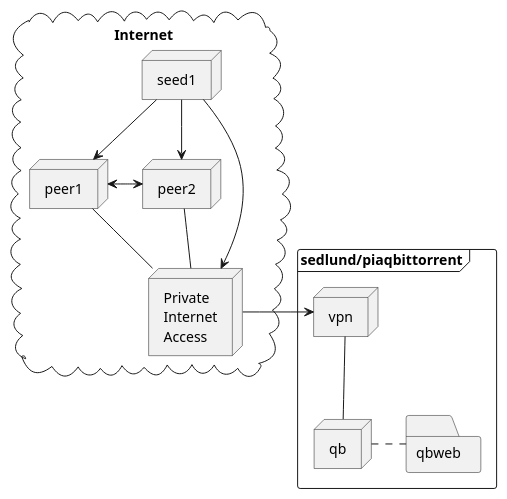
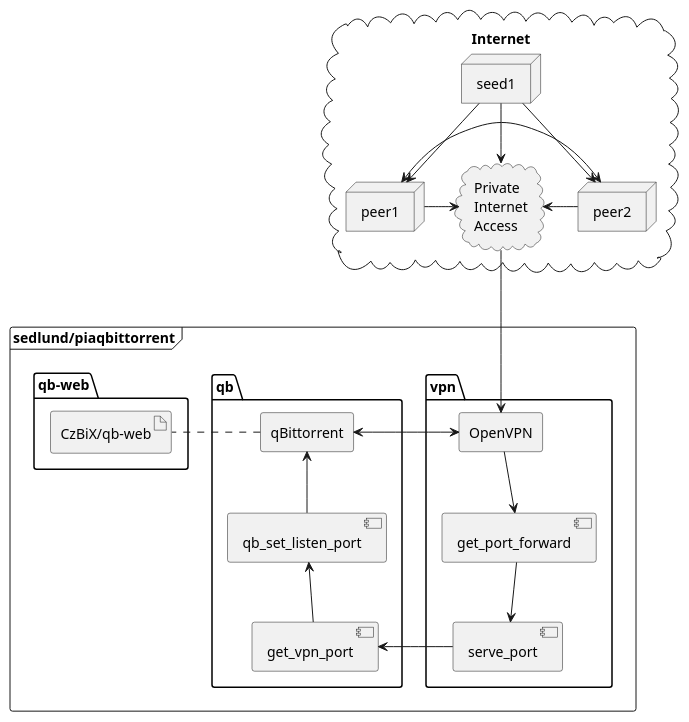
Before and after one commit to sedlund/piaqbittorrent: the diagram in assets/overview.puml, drawn with PlantUML.

Commit message:
update overiview puml

```diff
--- a/assets/overview.puml
+++ b/assets/overview.puml
@@ -1,24 +1,55 @@
 @startuml overview
+
 cloud Internet {
-    node "Private\nInternet\nAccess" as pia
+
+    cloud "Private\nInternet\nAccess" as pia
+
     node seed1
     node peer1
     node peer1
     node peer2
-    seed1 -> peer1
+
+    seed1 -down-> peer1
     seed1 -down-> peer2
-    seed1 -left-> pia
+    seed1 -down-> pia
+
     peer1 <-> peer2
-    peer1 -- pia
-    peer2 -- pia
+    peer1 -> pia
+    peer2 -left-> pia
+
 }
 
 frame sedlund/piaqbittorrent {
-    node vpn
-    node qb
-    pia -right-> vpn
-    folder qbweb {
-    vpn -- qb
-    qb .right. qbweb
+
+    package vpn {
+        agent OpenVPN as ovpn
+        component get_port_forward
+        component serve_port
+    }
+
+    ovpn -down-> get_port_forward
+    get_port_forward -down-> serve_port
+
+    package qb {
+        agent qBittorrent as qbt
+        component get_vpn_port 
+        component qb_set_listen_port
+    }
+
+    ovpn <-right-> qbt
+
+    serve_port -left-> get_vpn_port
+    get_vpn_port -up-> qb_set_listen_port
+    qb_set_listen_port -up-> qbt
+
+    package qb-web {
+        artifact "CzBiX/qb-web" as qbweb
+    }
+
+    qbt .right. qbweb
+
 }
+
+pia -down--> ovpn
+
 @enduml
```
